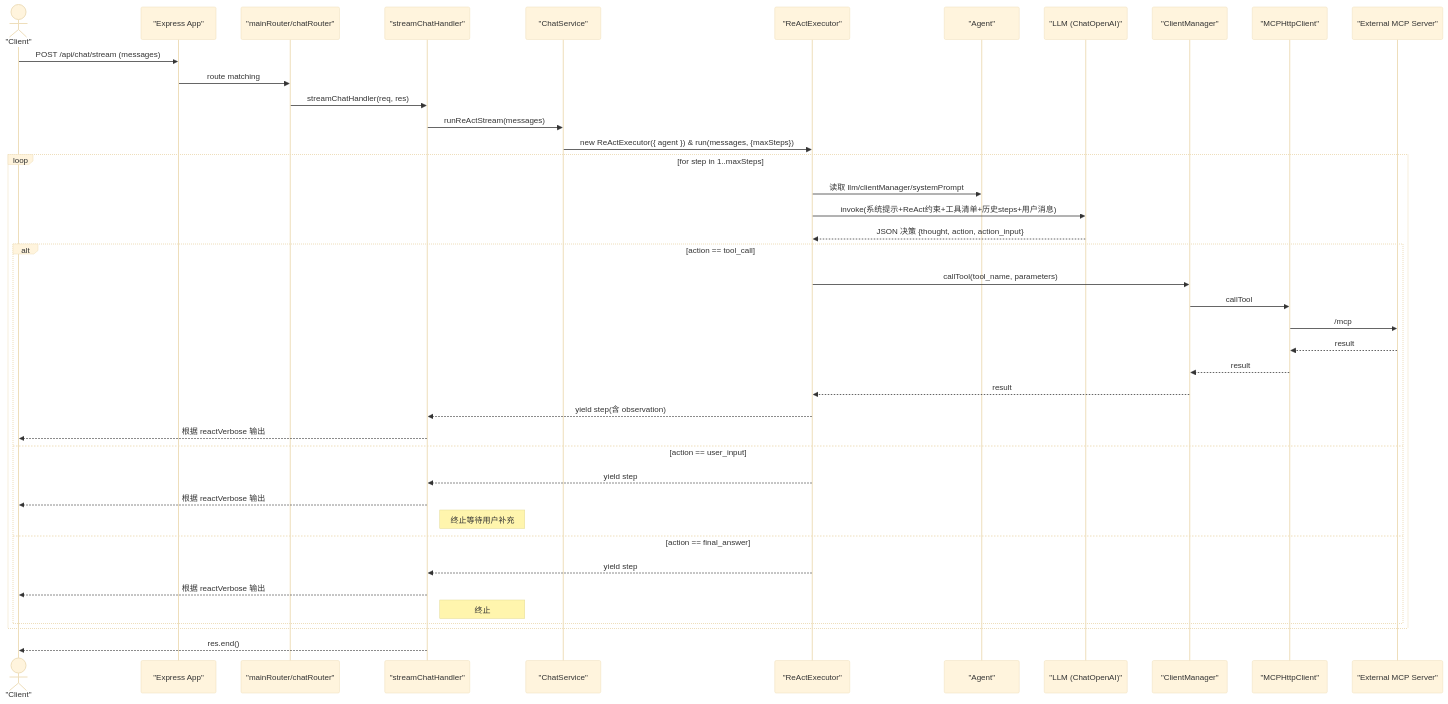
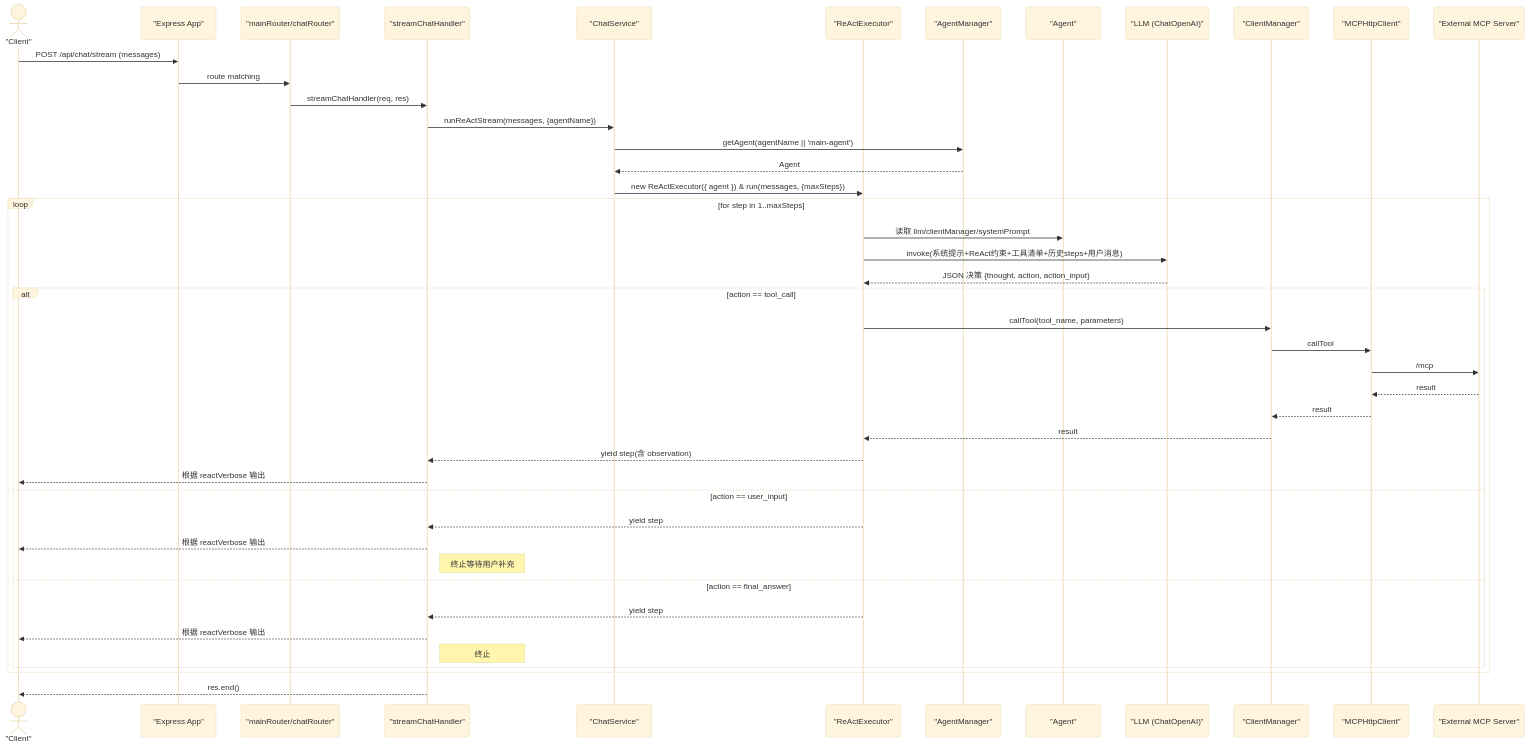
One commit to seemrcola/bot-server changed the diagram in docs/flow.md. Above: the diagram before and after it, drawn with Mermaid (base theme). The commit also changed 2 other files, not shown here.

````diff
--- a/docs/flow.md
+++ b/docs/flow.md
@@ -3,46 +3,49 @@
 ```mermaid
 sequenceDiagram
   actor Client as "Client"
   participant Express as "Express App"
   participant Router as "mainRouter/chatRouter"
   participant Controller as "streamChatHandler"
   participant Service as "ChatService"
   participant ReAct as "ReActExecutor"
+  participant AM as "AgentManager"
   participant Agent as "Agent"
   participant LLM as "LLM (ChatOpenAI)"
   participant CM as "ClientManager"
   participant MCP as "MCPHttpClient"
   participant Ext as "External MCP Server"
 
   Client->>Express: POST /api/chat/stream (messages)
   Express->>Router: route matching
   Router->>Controller: streamChatHandler(req, res)
-  Controller->>Service: runReActStream(messages)
+  Controller->>Service: runReActStream(messages, {agentName})
+  Service->>AM: getAgent(agentName || 'main-agent')
+  AM-->>Service: Agent
   Service->>ReAct: new ReActExecutor({ agent }) & run(messages, {maxSteps})
 
   loop for step in 1..maxSteps
     ReAct->>Agent: 读取 llm/clientManager/systemPrompt
     ReAct->>LLM: invoke(系统提示+ReAct约束+工具清单+历史steps+用户消息)
     LLM-->>ReAct: JSON 决策 {thought, action, action_input}
     alt action == tool_call
       ReAct->>CM: callTool(tool_name, parameters)
       CM->>MCP: callTool
       MCP->>Ext: /mcp
       Ext-->>MCP: result
       MCP-->>CM: result
       CM-->>ReAct: result
       ReAct-->>Controller: yield step(含 observation)
       Controller-->>Client: 根据 reactVerbose 输出
     else action == user_input
       ReAct-->>Controller: yield step
       Controller-->>Client: 根据 reactVerbose 输出
       Note right of Controller: 终止等待用户补充
     else action == final_answer
       ReAct-->>Controller: yield step
       Controller-->>Client: 根据 reactVerbose 输出
       Note right of Controller: 终止
     end
   end
 
   Controller-->>Client: res.end()
 ```
````
